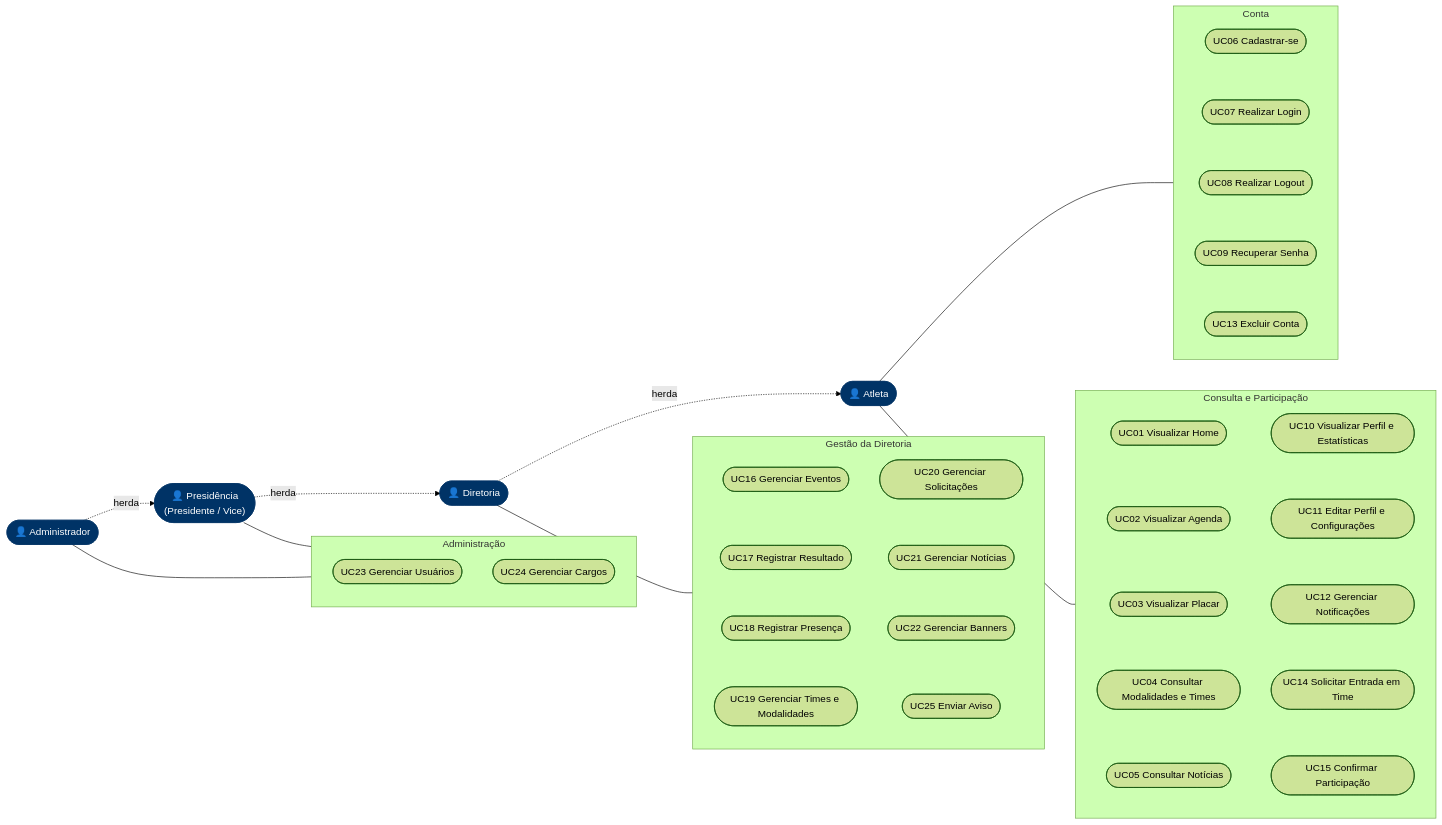
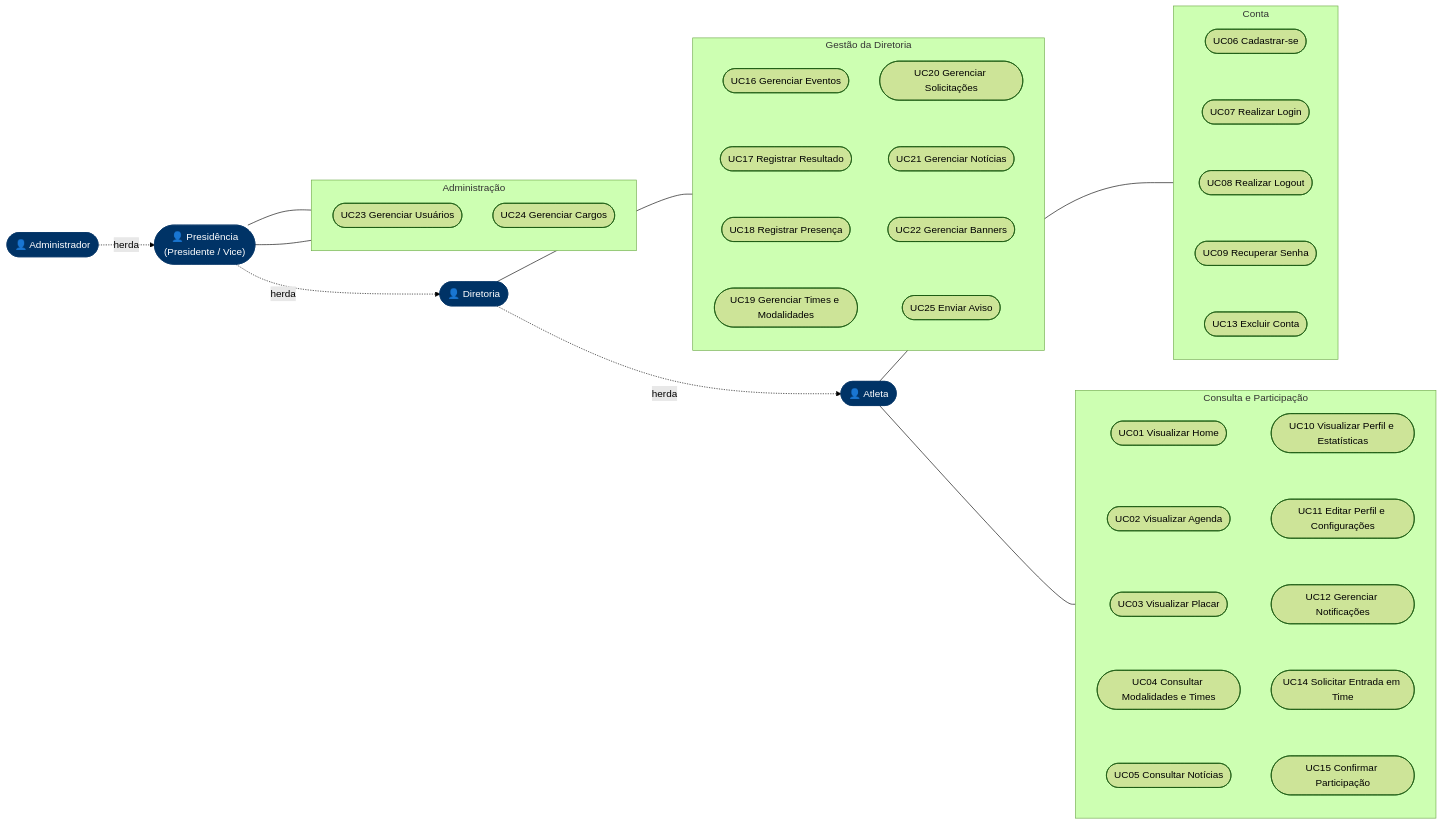
The diagram in docs/diagrama-casos-uso.mermaid (Luscafp/app-lorde), drawn with Mermaid (forest theme) before and after one commit. The commit also changed 5 other files, not shown here.

```diff
--- a/docs/diagrama-casos-uso.mermaid
+++ b/docs/diagrama-casos-uso.mermaid
@@ -1,40 +1,40 @@
 %% Cada ator se liga ao grupo de casos de uso que executa.
 %% A generalização (herda) indica que o ator possui também todos os casos de uso do ator herdado.
 flowchart LR
     Atleta(["👤 Atleta"])
     Diretoria(["👤 Diretoria"])
     Presidencia(["👤 Presidência<br/>(Presidente / Vice)"])
     Admin(["👤 Administrador"])
 
     Admin -. herda .-> Presidencia
     Presidencia -. herda .-> Diretoria
     Diretoria -. herda .-> Atleta
 
     subgraph Conta["Conta"]
         direction TB
         UC06(["UC06 Cadastrar-se"]) ~~~ UC07(["UC07 Realizar Login"]) ~~~ UC08(["UC08 Realizar Logout"]) ~~~ UC09(["UC09 Recuperar Senha"]) ~~~ UC13(["UC13 Excluir Conta"])
     end
     subgraph Consulta["Consulta e Participação"]
         direction TB
         UC01(["UC01 Visualizar Home"]) ~~~ UC02(["UC02 Visualizar Agenda"]) ~~~ UC03(["UC03 Visualizar Placar"]) ~~~ UC04(["UC04 Consultar Modalidades e Times"]) ~~~ UC05(["UC05 Consultar Notícias"])
         UC10(["UC10 Visualizar Perfil e Estatísticas"]) ~~~ UC11(["UC11 Editar Perfil e Configurações"]) ~~~ UC12(["UC12 Gerenciar Notificações"]) ~~~ UC14(["UC14 Solicitar Entrada em Time"]) ~~~ UC15(["UC15 Confirmar Participação"])
     end
     subgraph Gestao["Gestão da Diretoria"]
         direction TB
         UC16(["UC16 Gerenciar Eventos"]) ~~~ UC17(["UC17 Registrar Resultado"]) ~~~ UC18(["UC18 Registrar Presença"]) ~~~ UC19(["UC19 Gerenciar Times e Modalidades"])
         UC20(["UC20 Gerenciar Solicitações"]) ~~~ UC21(["UC21 Gerenciar Notícias"]) ~~~ UC22(["UC22 Gerenciar Banners"]) ~~~ UC25(["UC25 Enviar Aviso"])
     end
     subgraph Adm["Administração"]
         direction TB
         UC23(["UC23 Gerenciar Usuários"])
         UC24(["UC24 Gerenciar Cargos"])
     end
 
     Atleta --- Conta
     Atleta --- Consulta
     Diretoria --- Gestao
     Presidencia --- UC23
-    Admin --- UC24
+    Presidencia --- UC24
 
     classDef ator fill:#003366,color:#ffffff,stroke:#003366
     class Atleta,Diretoria,Presidencia,Admin ator
```
